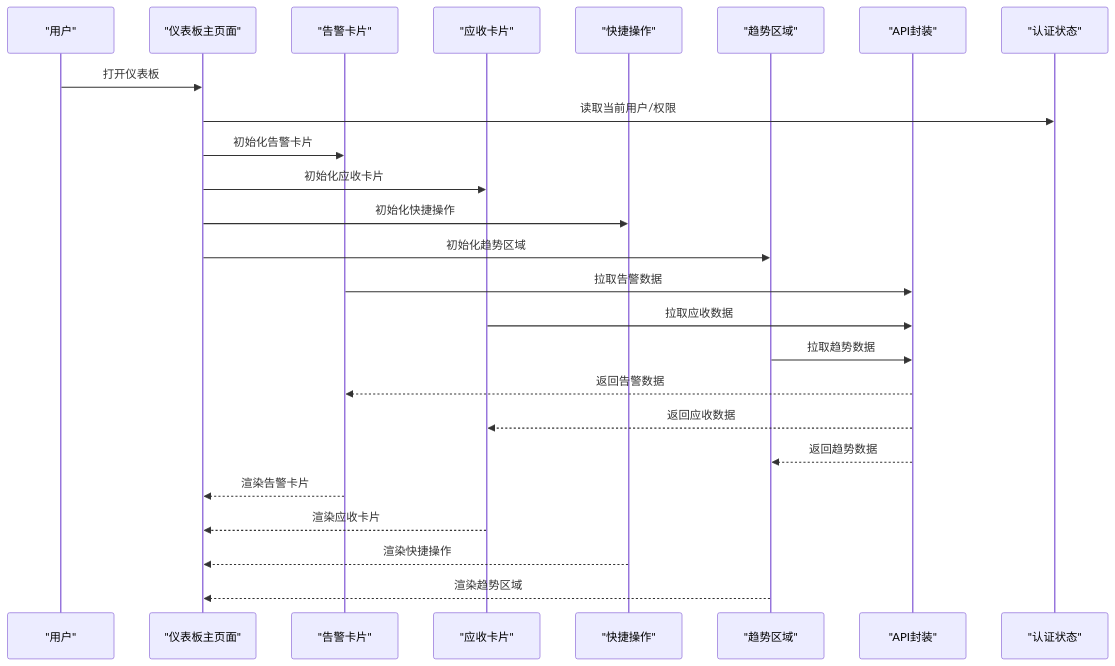
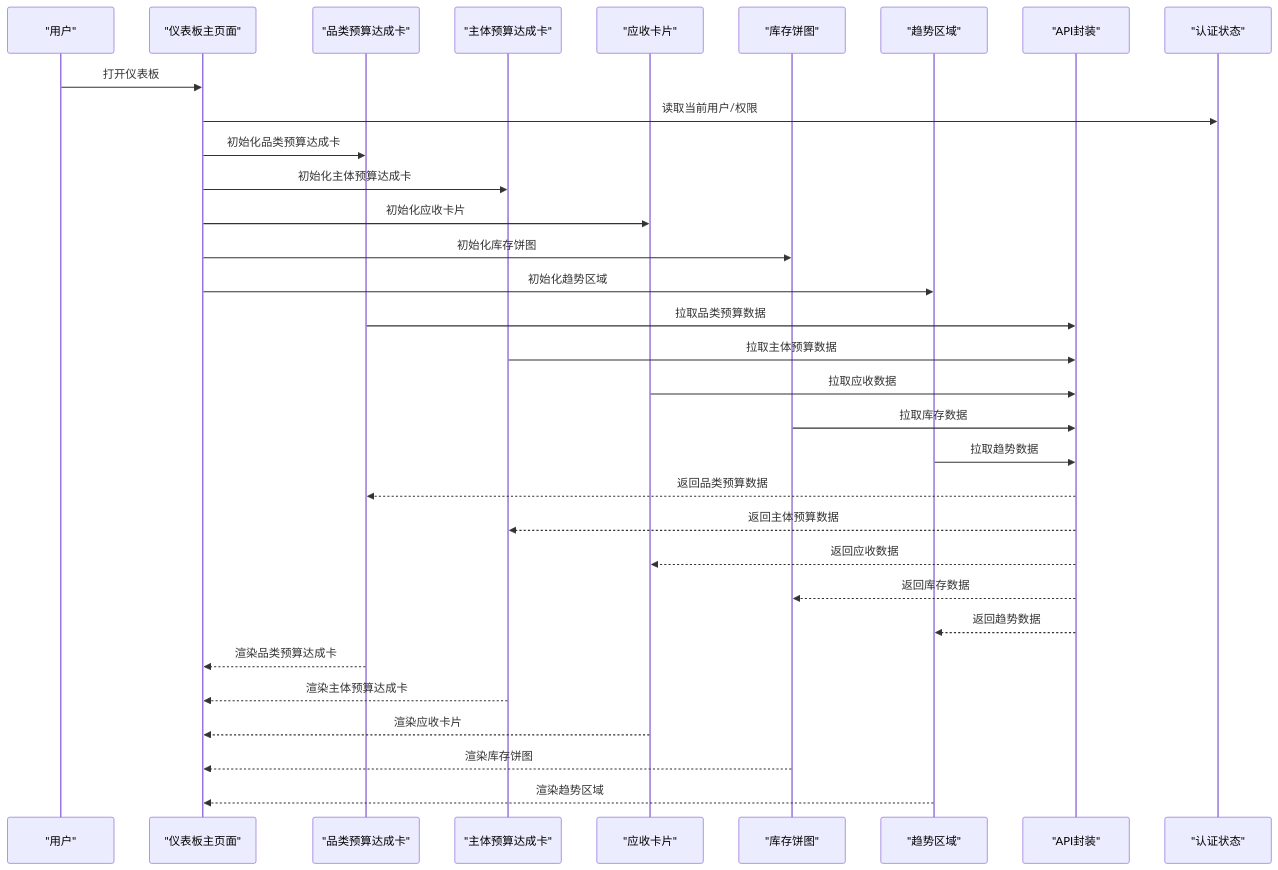
One commit to Damao997/newproject changed the second of 4 diagrams in .qoder/repowiki/zh/content/页面组件/仪表板页面.md. Above: the diagram before and after it, drawn with Mermaid. The commit also changed other lines of this file and 10 other files, not shown here.

````diff
--- a/.qoder/repowiki/zh/content/页面组件/仪表板页面.md
+++ b/.qoder/repowiki/zh/content/页面组件/仪表板页面.md
@@ -154,27 +160,34 @@
 ```mermaid
 sequenceDiagram
 participant U as "用户"
 participant P as "仪表板主页面"
-participant AC as "告警卡片"
+participant PBC as "品类预算达成卡"
+participant SBC as "主体预算达成卡"
 participant RC as "应收卡片"
-participant QA as "快捷操作"
+participant IPC as "库存饼图"
 participant TS as "趋势区域"
 participant A as "API封装"
 participant S as "认证状态"
 U->>P : 打开仪表板
 P->>S : 读取当前用户/权限
-P->>AC : 初始化告警卡片
+P->>PBC : 初始化品类预算达成卡
+P->>SBC : 初始化主体预算达成卡
 P->>RC : 初始化应收卡片
-P->>QA : 初始化快捷操作
+P->>IPC : 初始化库存饼图
 P->>TS : 初始化趋势区域
-AC->>A : 拉取告警数据
+PBC->>A : 拉取品类预算数据
+SBC->>A : 拉取主体预算数据
 RC->>A : 拉取应收数据
+IPC->>A : 拉取库存数据
 TS->>A : 拉取趋势数据
-A-->>AC : 返回告警数据
+A-->>PBC : 返回品类预算数据
+A-->>SBC : 返回主体预算数据
 A-->>RC : 返回应收数据
+A-->>IPC : 返回库存数据
 A-->>TS : 返回趋势数据
-AC-->>P : 渲染告警卡片
+PBC-->>P : 渲染品类预算达成卡
+SBC-->>P : 渲染主体预算达成卡
 RC-->>P : 渲染应收卡片
-QA-->>P : 渲染快捷操作
+IPC-->>P : 渲染库存饼图
 TS-->>P : 渲染趋势区域
 ```
````
